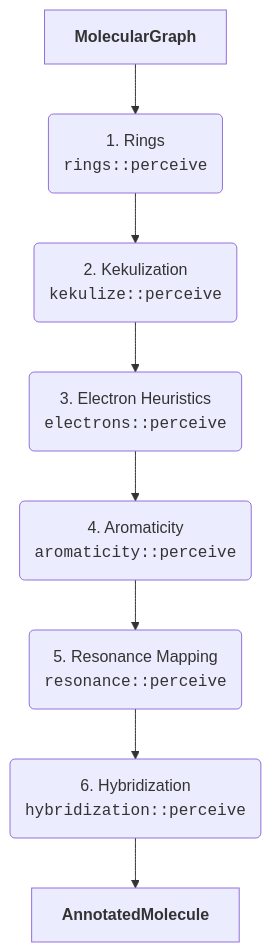
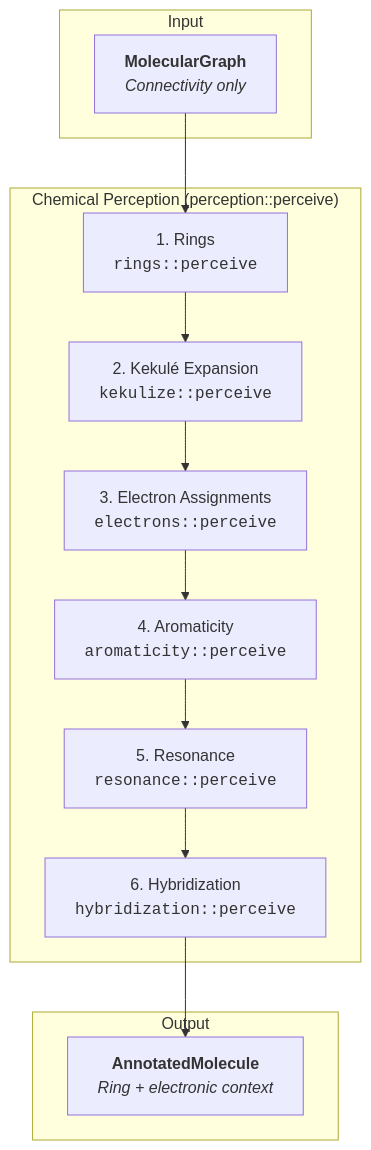
One commit to caltechmsc/dreid-typer changed the diagram in docs/02_perception.md. Above: the diagram before and after it, drawn with Mermaid. The commit also changed other lines of this file, not shown here.

Commit message:
docs(perception): Revise chemical perception documentation for clarity and structure, enhancing the overview and detailing each processing pass

````diff
--- a/docs/02_perception.md
+++ b/docs/02_perception.md
@@ -9,10 +7,21 @@
 ```mermaid
 graph TD
-  A["<b>MolecularGraph</b>"] --> B("1. Rings<br /><code>rings::perceive</code>")
-  B --> C("2. Kekulization<br /><code>kekulize::perceive</code>")
-  C --> D("3. Electron Heuristics<br /><code>electrons::perceive</code>")
-  D --> E("4. Aromaticity<br /><code>aromaticity::perceive</code>")
-  E --> F("5. Resonance Mapping<br /><code>resonance::perceive</code>")
-  F --> G("6. Hybridization<br /><code>hybridization::perceive</code>")
-  G --> H["<b>AnnotatedMolecule</b>"]
+    subgraph Input
+        A["<b>MolecularGraph</b><br><i>Connectivity only</i>"]
+    end
+
+    subgraph "Chemical Perception (perception::perceive)"
+        RINGS["1. Rings<br><code>rings::perceive</code>"]
+        KEK["2. Kekulé Expansion<br><code>kekulize::perceive</code>"]
+        ELECTRONS["3. Electron Assignments<br><code>electrons::perceive</code>"]
+        AROMA["4. Aromaticity<br><code>aromaticity::perceive</code>"]
+        RESON["5. Resonance<br><code>resonance::perceive</code>"]
+        HYBRID["6. Hybridization<br><code>hybridization::perceive</code>"]
+    end
+
+    subgraph Output
+        OUT["<b>AnnotatedMolecule</b><br><i>Ring + electronic context</i>"]
+    end
+
+    A --> RINGS --> KEK --> ELECTRONS --> AROMA --> RESON --> HYBRID --> OUT
 ```
````
